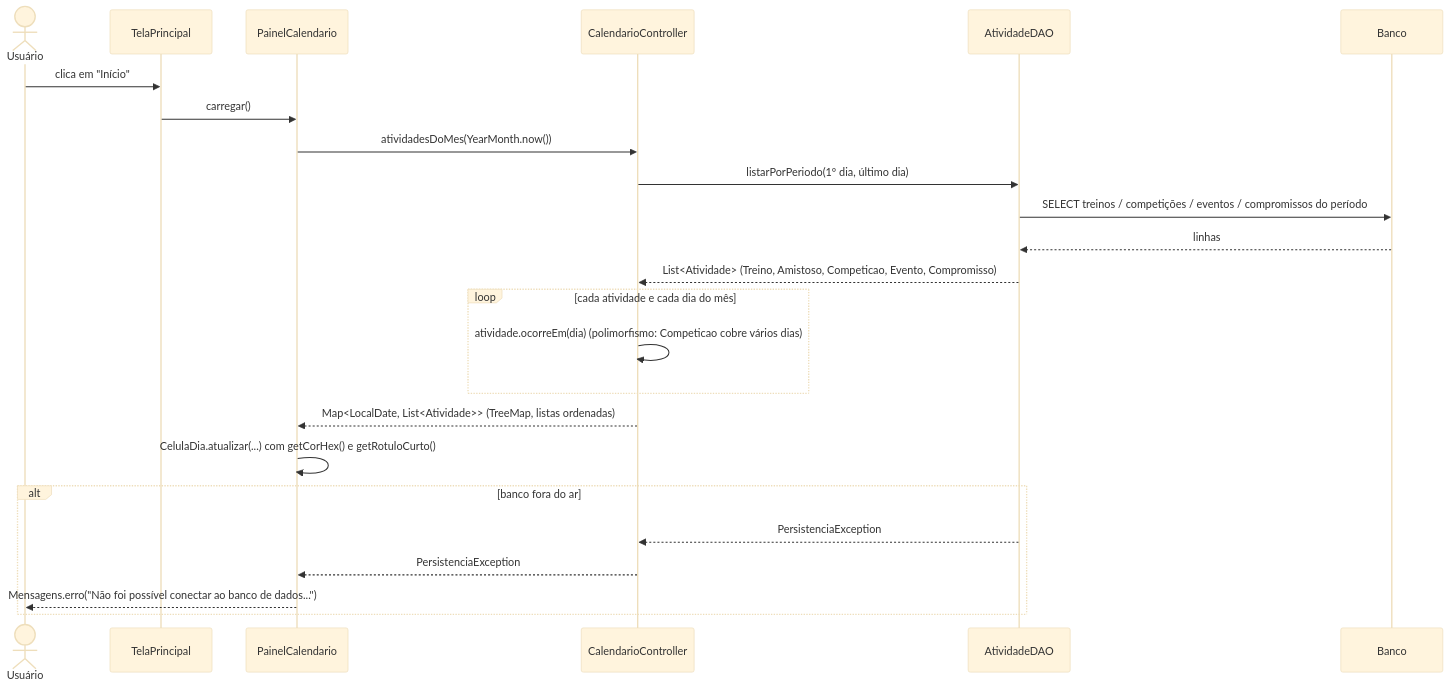
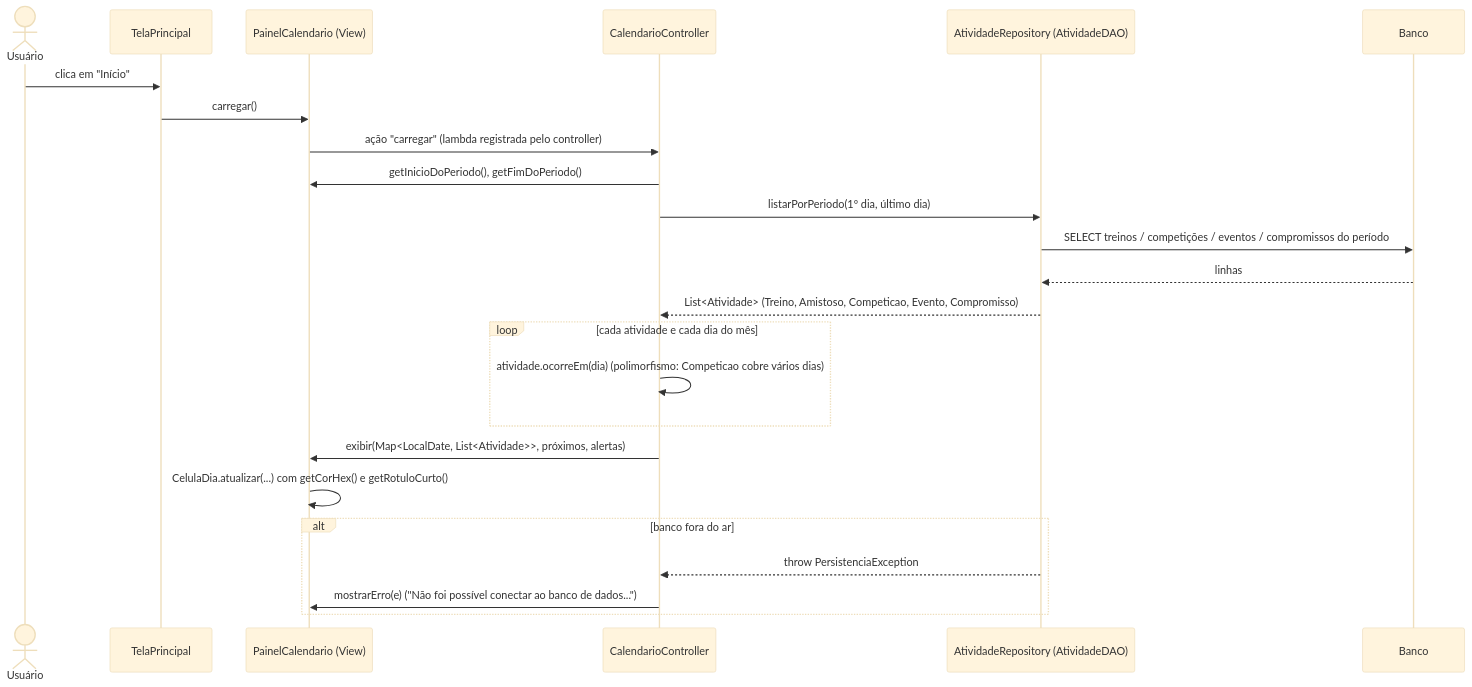
The second of 13 diagrams in docs/diagramas/sequencia.md (mheloisawitt/Athletiza), drawn with Mermaid (base theme) before and after one commit. The commit also changed other lines of this file and 196 other files, not shown here.

````diff
--- a/docs/diagramas/sequencia.md
+++ b/docs/diagramas/sequencia.md
@@ -62,27 +71,27 @@
 ```mermaid
 sequenceDiagram
     actor U as Usuário
     participant T as TelaPrincipal
-    participant V as PainelCalendario
+    participant V as PainelCalendario (View)
     participant C as CalendarioController
-    participant D as AtividadeDAO
+    participant R as AtividadeRepository (AtividadeDAO)
     participant B as Banco
 
     U->>T: clica em "Início"
     T->>V: carregar()
-    V->>C: atividadesDoMes(YearMonth.now())
-    C->>D: listarPorPeriodo(1º dia, último dia)
-    D->>B: SELECT treinos / competições / eventos / compromissos do período
-    B-->>D: linhas
-    D-->>C: List<Atividade> (Treino, Amistoso, Competicao, Evento, Compromisso)
+    V->>C: ação "carregar" (lambda registrada pelo controller)
+    C->>V: getInicioDoPeriodo(), getFimDoPeriodo()
+    C->>R: listarPorPeriodo(1º dia, último dia)
+    R->>B: SELECT treinos / competições / eventos / compromissos do período
+    B-->>R: linhas
+    R-->>C: List<Atividade> (Treino, Amistoso, Competicao, Evento, Compromisso)
     loop cada atividade e cada dia do mês
         C->>C: atividade.ocorreEm(dia) (polimorfismo: Competicao cobre vários dias)
     end
-    C-->>V: Map<LocalDate, List<Atividade>> (TreeMap, listas ordenadas)
+    C->>V: exibir(Map<LocalDate, List<Atividade>>, próximos, alertas)
     V->>V: CelulaDia.atualizar(...) com getCorHex() e getRotuloCurto()
     alt banco fora do ar
-        D-->>C: PersistenciaException
-        C-->>V: PersistenciaException
-        V-->>U: Mensagens.erro("Não foi possível conectar ao banco de dados...")
+        R-->>C: throw PersistenciaException
+        C->>V: mostrarErro(e) ("Não foi possível conectar ao banco de dados...")
     end
 ```
````
